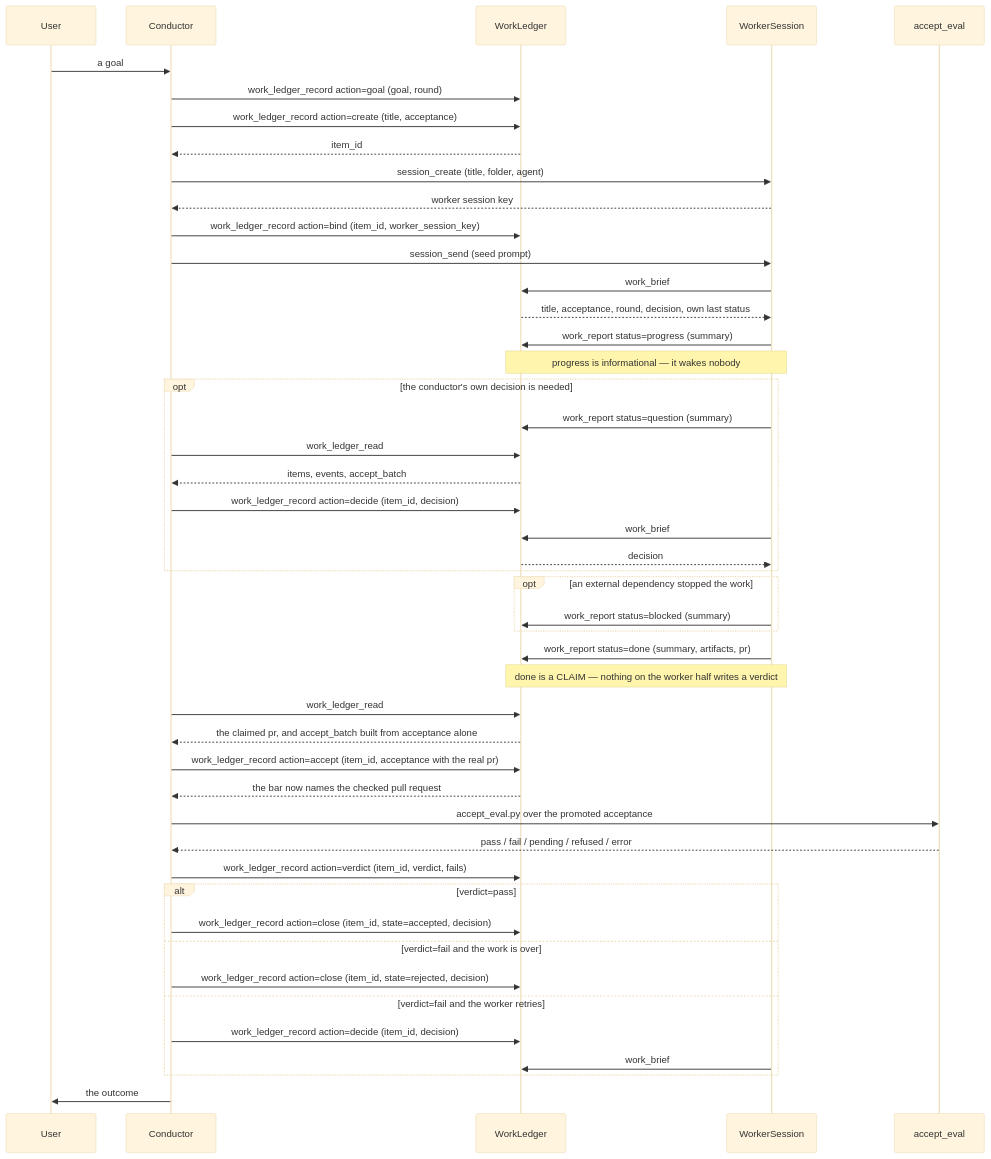
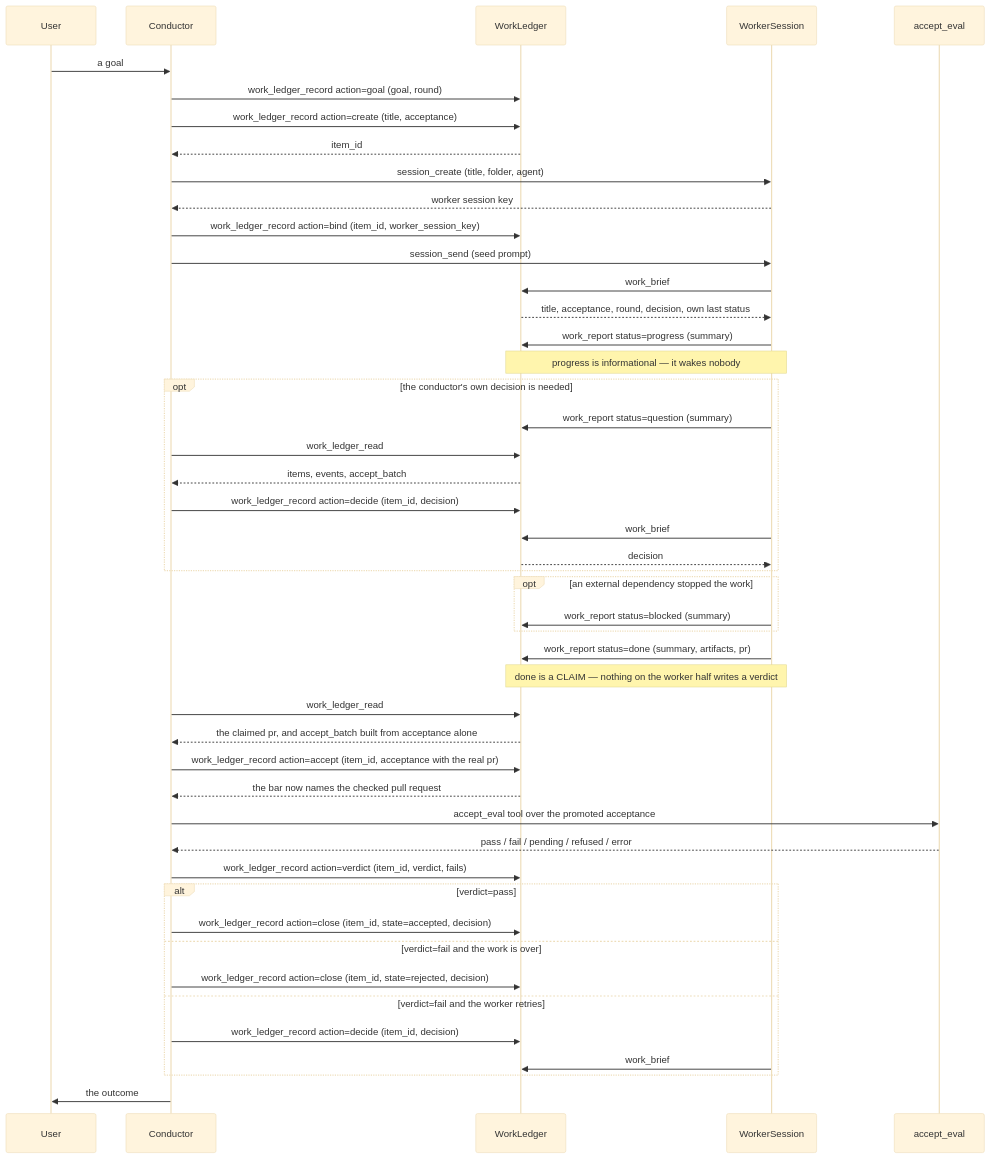
Before and after one commit to chenmingwei23/KiroCrew: the diagram in docs/reference/ledger-conductor-sequence.md, drawn with Mermaid (base theme). The commit also changed other lines of this file and 17 other files, not shown here.

````diff
--- a/docs/reference/ledger-conductor-sequence.md
+++ b/docs/reference/ledger-conductor-sequence.md
@@ -11,60 +11,60 @@
 ```mermaid
 sequenceDiagram
     participant U as User
     participant C as Conductor
     participant L as WorkLedger
     participant W as WorkerSession
     participant E as accept_eval
 
     U->>C: a goal
     C->>L: work_ledger_record action=goal (goal, round)
     C->>L: work_ledger_record action=create (title, acceptance)
     L-->>C: item_id
 
     C->>W: session_create (title, folder, agent)
     W-->>C: worker session key
     C->>L: work_ledger_record action=bind (item_id, worker_session_key)
     C->>W: session_send (seed prompt)
 
     W->>L: work_brief
     L-->>W: title, acceptance, round, decision, own last status
 
     W->>L: work_report status=progress (summary)
     Note over W,L: progress is informational — it wakes nobody
 
     opt the conductor's own decision is needed
         W->>L: work_report status=question (summary)
         C->>L: work_ledger_read
         L-->>C: items, events, accept_batch
         C->>L: work_ledger_record action=decide (item_id, decision)
         W->>L: work_brief
         L-->>W: decision
     end
 
     opt an external dependency stopped the work
         W->>L: work_report status=blocked (summary)
     end
 
     W->>L: work_report status=done (summary, artifacts, pr)
     Note over W,L: done is a CLAIM — nothing on the worker half writes a verdict
 
     C->>L: work_ledger_read
     L-->>C: the claimed pr, and accept_batch built from acceptance alone
     C->>L: work_ledger_record action=accept (item_id, acceptance with the real pr)
     L-->>C: the bar now names the checked pull request
 
-    C->>E: accept_eval.py over the promoted acceptance
+    C->>E: accept_eval tool over the promoted acceptance
     E-->>C: pass / fail / pending / refused / error
     C->>L: work_ledger_record action=verdict (item_id, verdict, fails)
 
     alt verdict=pass
         C->>L: work_ledger_record action=close (item_id, state=accepted, decision)
     else verdict=fail and the work is over
         C->>L: work_ledger_record action=close (item_id, state=rejected, decision)
     else verdict=fail and the worker retries
         C->>L: work_ledger_record action=decide (item_id, decision)
         W->>L: work_brief
     end
 
     C->>U: the outcome
 ```
````
